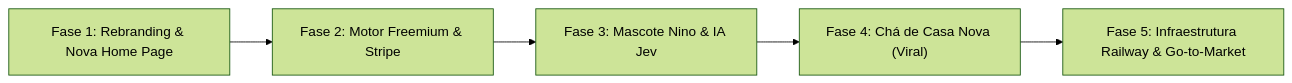
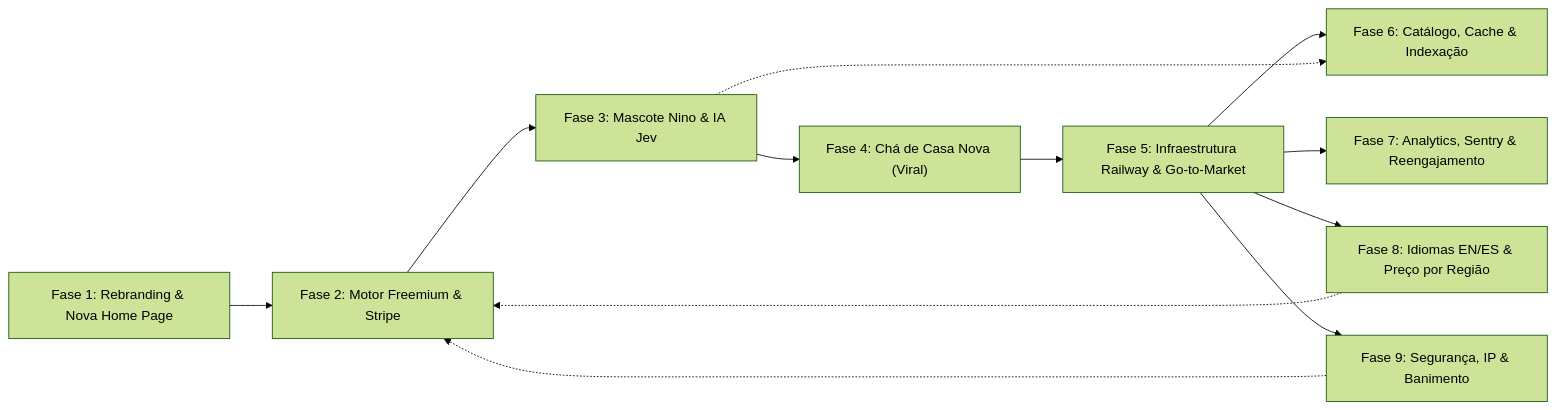
Before and after one commit to joaov-meneses/enxoval-de-casa-nova: the diagram in docs/implementacoes-futuras.md, drawn with Mermaid (forest theme). The commit also changed other lines of this file and 2 other files, not shown here.

First line of the commit message:
docs: planejamento de analytics, idiomas, preço por região e segurança (Fases 7 a 9)

````diff
--- a/docs/implementacoes-futuras.md
+++ b/docs/implementacoes-futuras.md
@@ -28,7 +32,14 @@
 ```mermaid
 flowchart LR
     Fase1["Fase 1: Rebranding & Nova Home Page"] --> Fase2["Fase 2: Motor Freemium & Stripe"]
     Fase2 --> Fase3["Fase 3: Mascote Nino & IA Jev"]
     Fase3 --> Fase4["Fase 4: Chá de Casa Nova (Viral)"]
     Fase4 --> Fase5["Fase 5: Infraestrutura Railway & Go-to-Market"]
+    Fase5 --> Fase6["Fase 6: Catálogo, Cache & Indexação"]
+    Fase3 -.-> Fase6
+    Fase5 --> Fase7["Fase 7: Analytics, Sentry & Reengajamento"]
+    Fase5 --> Fase8["Fase 8: Idiomas EN/ES & Preço por Região"]
+    Fase5 --> Fase9["Fase 9: Segurança, IP & Banimento"]
+    Fase9 -.-> Fase2
+    Fase8 -.-> Fase2
 ```
````
